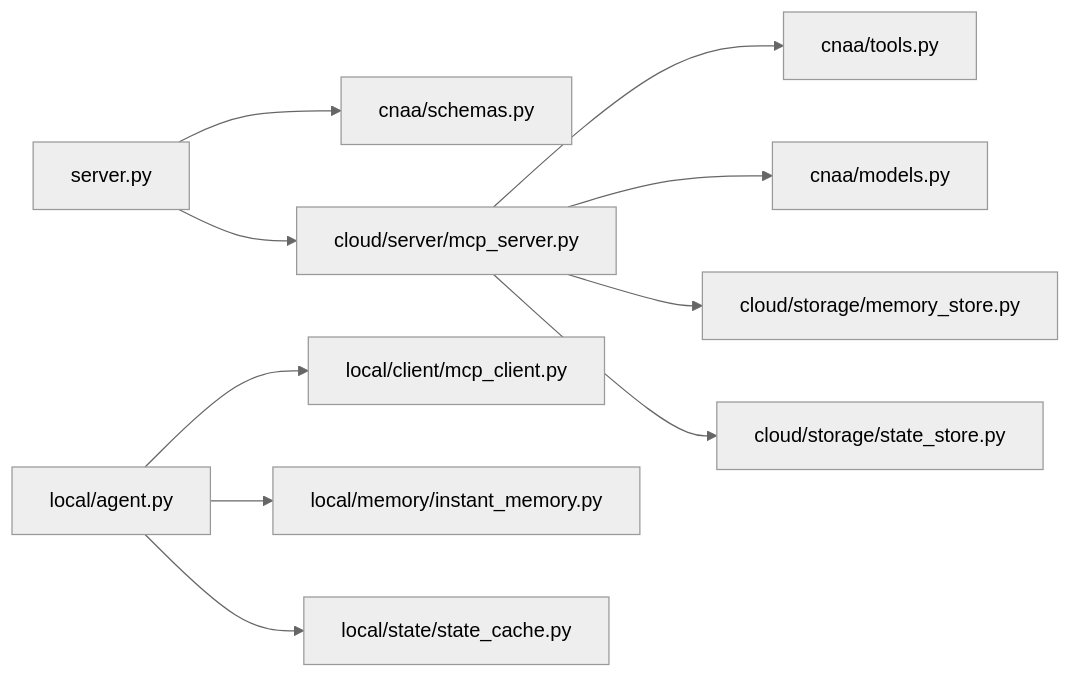
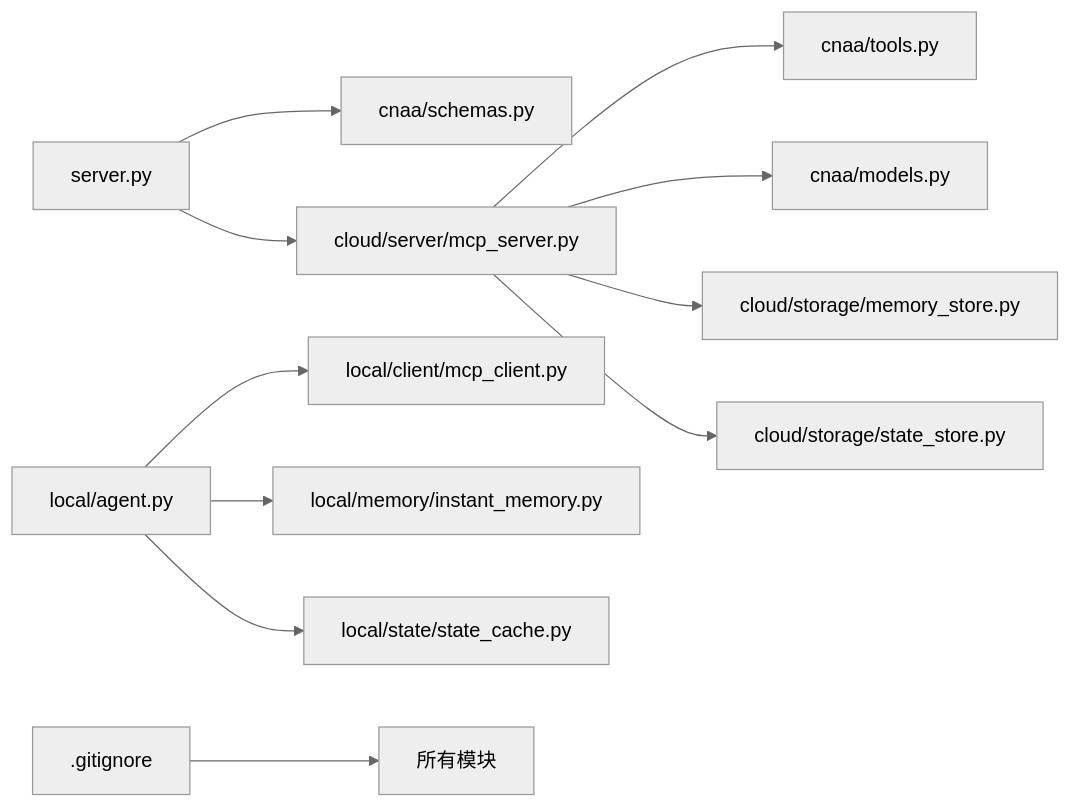
The eighth of 8 diagrams in .qoder/repowiki/zh/content/开发指南/项目配置.md (lgx236/CNAA-Cloud-Native-Agent-Architecture-), drawn with Mermaid (neutral theme) before and after one commit. The commit also changed other lines of this file and 99 other files, not shown here.

````diff
--- a/.qoder/repowiki/zh/content/开发指南/项目配置.md
+++ b/.qoder/repowiki/zh/content/开发指南/项目配置.md
@@ -301,12 +360,13 @@
 ```mermaid
 graph LR
 S["server.py"] --> SC["cnaa/schemas.py"]
 S --> MS["cloud/server/mcp_server.py"]
 MS --> TO["cnaa/tools.py"]
 MS --> MD["cnaa/models.py"]
 MS --> MEM["cloud/storage/memory_store.py"]
 MS --> STA["cloud/storage/state_store.py"]
 LA["local/agent.py"] --> MC["local/client/mcp_client.py"]
 LA --> IM["local/memory/instant_memory.py"]
 LA --> STC["local/state/state_cache.py"]
+GI[".gitignore"] --> All["所有模块"]
 ```
````
